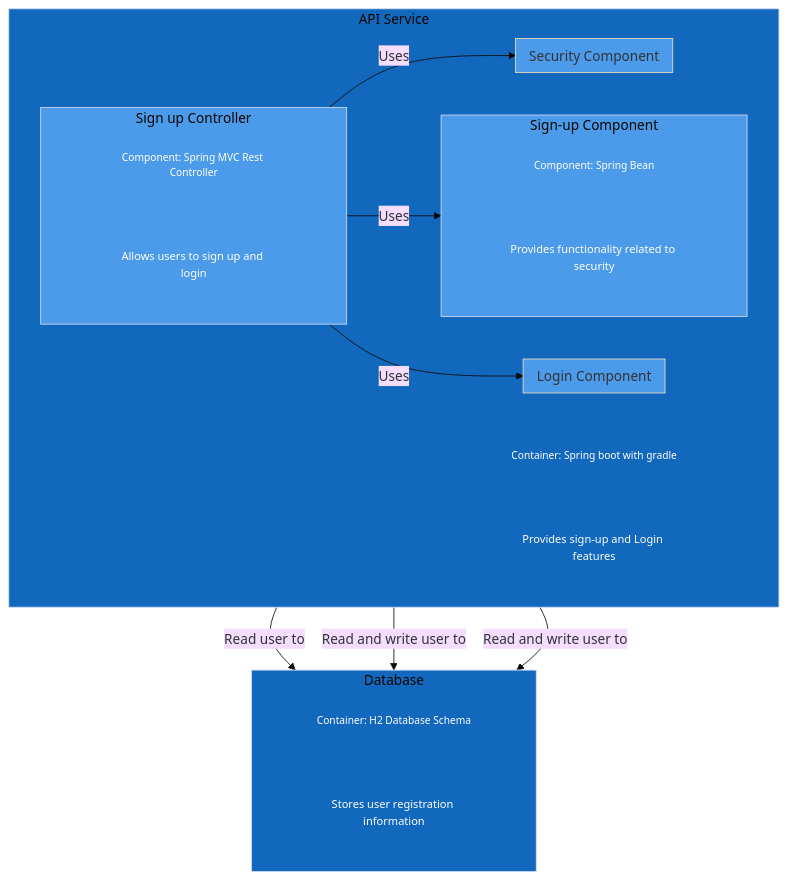
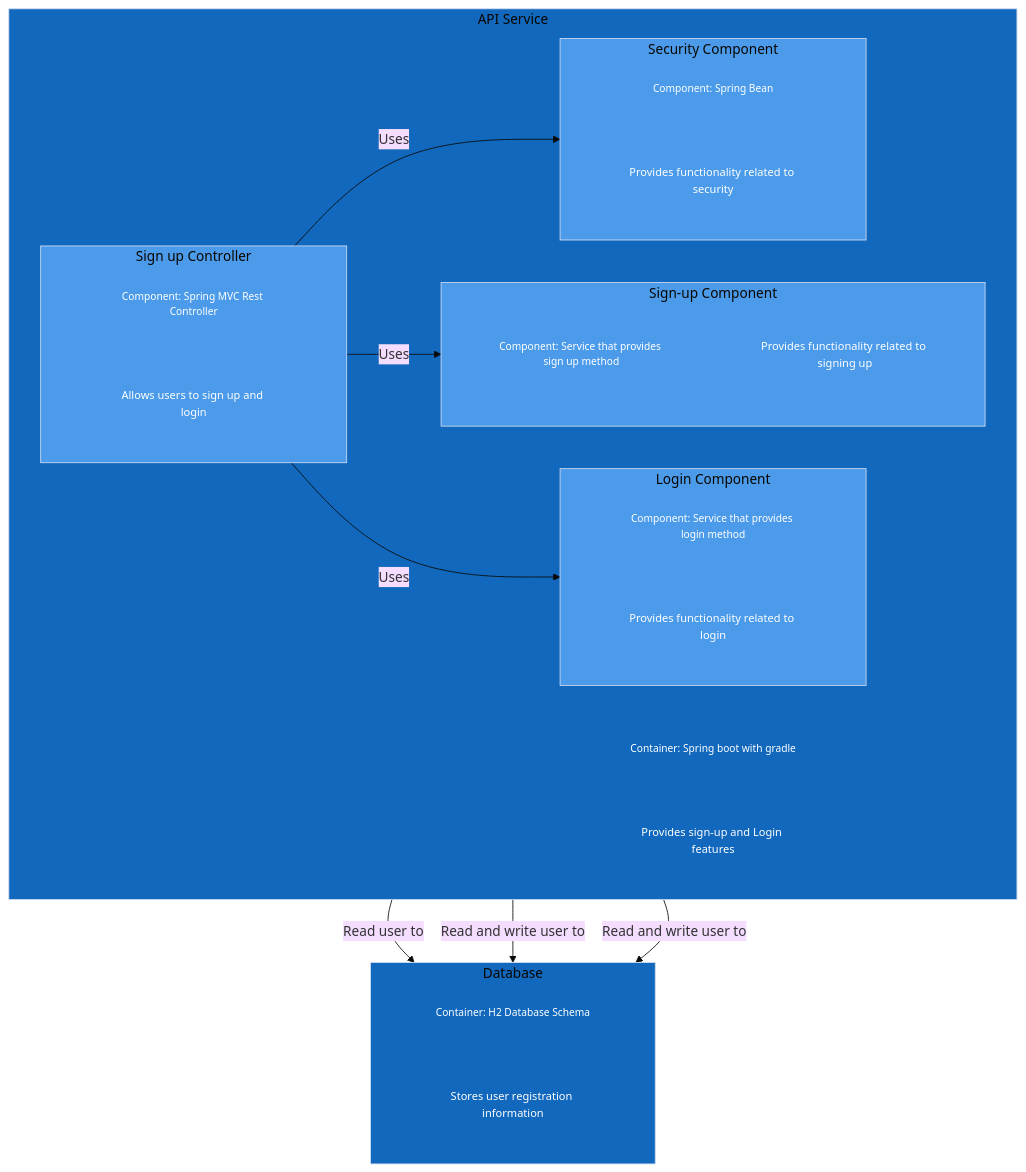
Before and after one commit to PabloGMarrero/exercise-bci: the diagram in docs/services/component.md, drawn with Mermaid (base theme).

Commit message:
docs: fix component diagram

````diff
--- a/docs/services/component.md
+++ b/docs/services/component.md
@@ -1,69 +1,69 @@
 ```mermaid
-
 flowchart TB
 
     subgraph apiService[API Service]
         direction LR
         h3[Container: Spring boot with gradle]:::type
         d3[Provides sign-up and Login features]:::description
     end
     apiService:::internalContainer
-    
+
     subgraph database[Database]
         direction LR
         h6[Container: H2 Database Schema]:::type
         d6[Stores user registration information]:::description
     end
     database:::internalContainer
 
 
     subgraph apiService[API Application]
 
         subgraph signUpController[Sign up Controller]
             direction LR
             h10[Component: Spring MVC Rest Controller]:::type
             d10[Allows users to sign up and login]:::description
         end
         signUpController:::internalComponent
 
+
         subgraph signUpPort[Sign-up Component]
-            direction LR
             h40[Component: Service that provides sign up method]:::type
             d40[Provides functionality related to signing up]:::description
         end
         signUpPort:::internalComponent
 
         subgraph loginPort[Login Component]
             direction LR
-            h40[Component: Service that provides login method]:::type
-            d40[Provides functionality related to login]:::description
+            h41[Component: Service that provides login method]:::type
+            d41[Provides functionality related to login]:::description
         end
         loginPort:::internalComponent
 
         subgraph securityComponent[Security Component]
             direction LR
-            h40[Component: Spring Bean]:::type
-            d40[Provides functionality related to security]:::description
+            h39[Component: Spring Bean]:::type
+            d39[Provides functionality related to security]:::description
+
         end
         securityComponent:::internalComponent
 
 
         signUpController--Uses-->securityComponent
         signUpController--Uses-->signUpPort
         signUpController--Uses-->loginPort
     end
 
     securityComponent--Read user to -->database
     signUpPort--Read and write user to -->database
     loginPort--Read and write user to -->database
 
 %% Element type definitions
 
     classDef person fill:#08427b
     classDef internalContainer fill:#1168bd
     classDef internalComponent fill:#4b9bea
 
     classDef type stroke-width:0px, color:#fff, fill:transparent, font-size:12px
     classDef description stroke-width:0px, color:#fff, fill:transparent, font-size:13px
 
 ```
````
